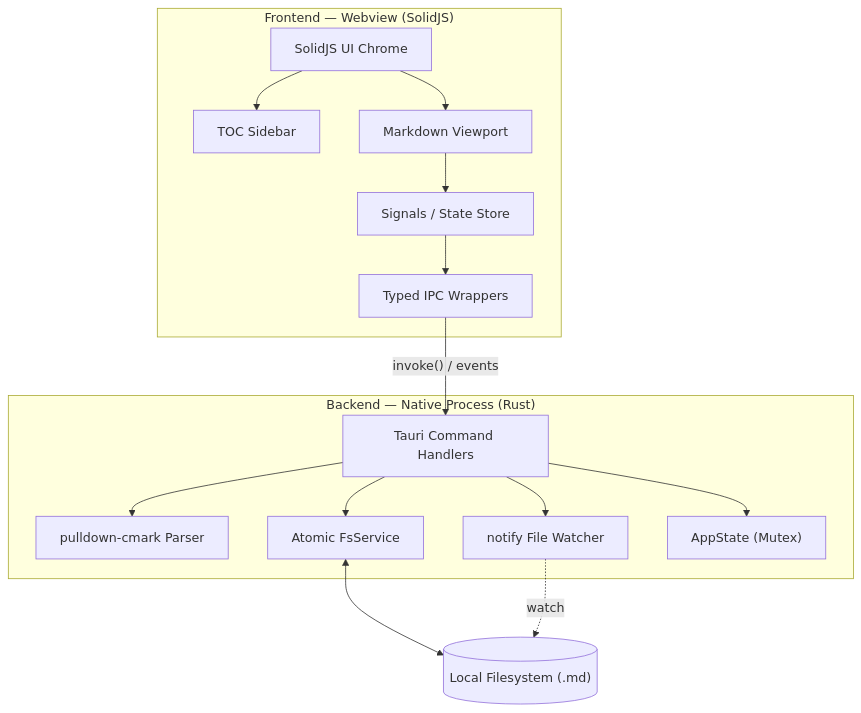
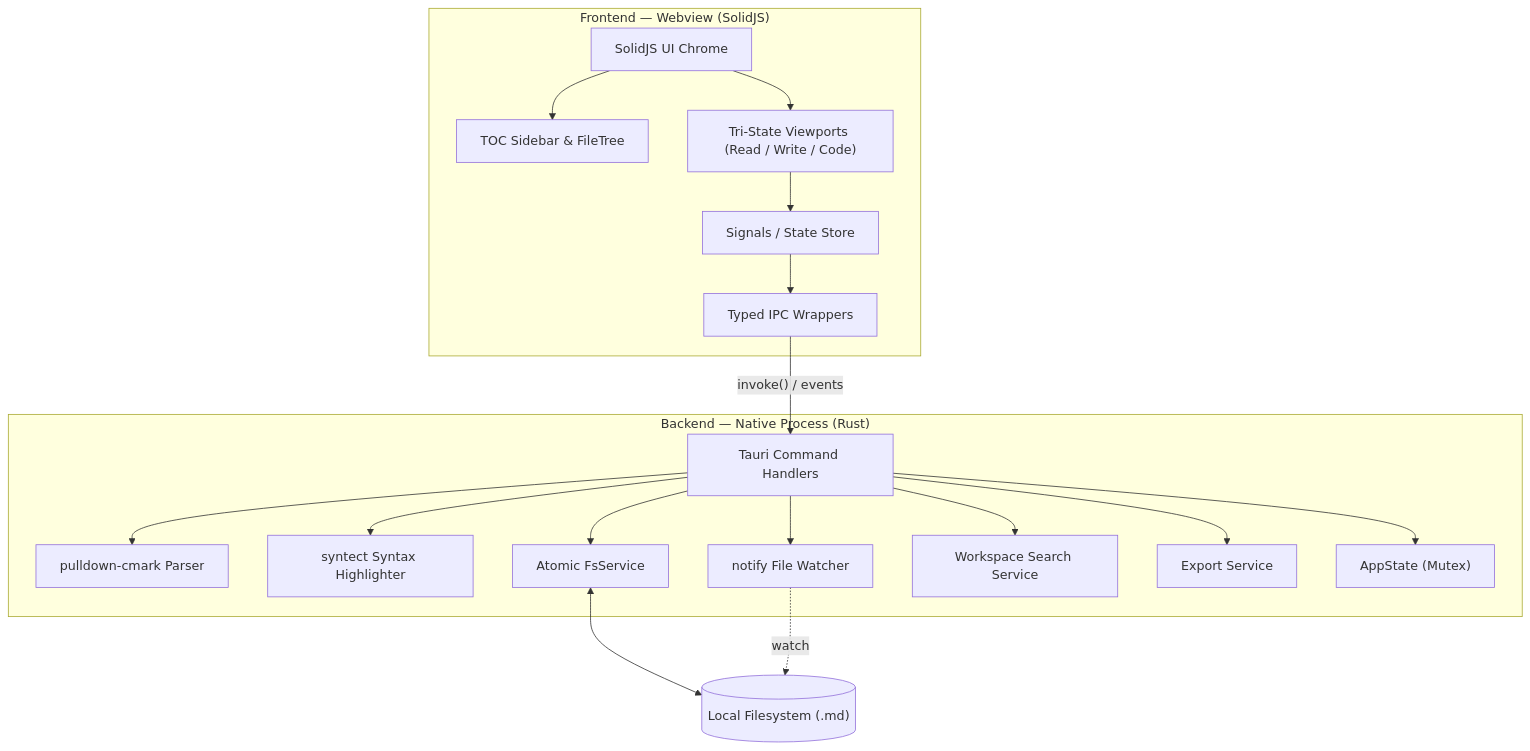
The diagram in README.md (BerryUIKI/Lexora), drawn with Mermaid before and after one commit. The commit also changed other lines of this file and 1 other file, not shown here.

````diff
--- a/README.md
+++ b/README.md
@@ -103,32 +106,38 @@
 ```mermaid
 graph TB
     subgraph Frontend ["Frontend — Webview (SolidJS)"]
         UI["SolidJS UI Chrome"]
-        TOC["TOC Sidebar"]
-        View["Markdown Viewport"]
+        TOC["TOC Sidebar & FileTree"]
+        View["Tri-State Viewports (Read / Write / Code)"]
         Store["Signals / State Store"]
         IPC_FE["Typed IPC Wrappers"]
     end
 
     subgraph Backend ["Backend — Native Process (Rust)"]
         CMD["Tauri Command Handlers"]
         Parser["pulldown-cmark Parser"]
+        Highlighter["syntect Syntax Highlighter"]
         Watcher["notify File Watcher"]
         FsService["Atomic FsService"]
+        Search["Workspace Search Service"]
+        Export["Export Service"]
         State["AppState (Mutex)"]
     end
 
     Disk[("Local Filesystem (.md)")]
 
     UI --> TOC
     UI --> View
     View --> Store
     Store --> IPC_FE
     IPC_FE -- "invoke() / events" --> CMD
     CMD --> Parser
+    CMD --> Highlighter
     CMD --> Watcher
     CMD --> FsService
+    CMD --> Search
+    CMD --> Export
     CMD --> State
     FsService <--> Disk
     Watcher -. "watch" .-> Disk
 ```
````
